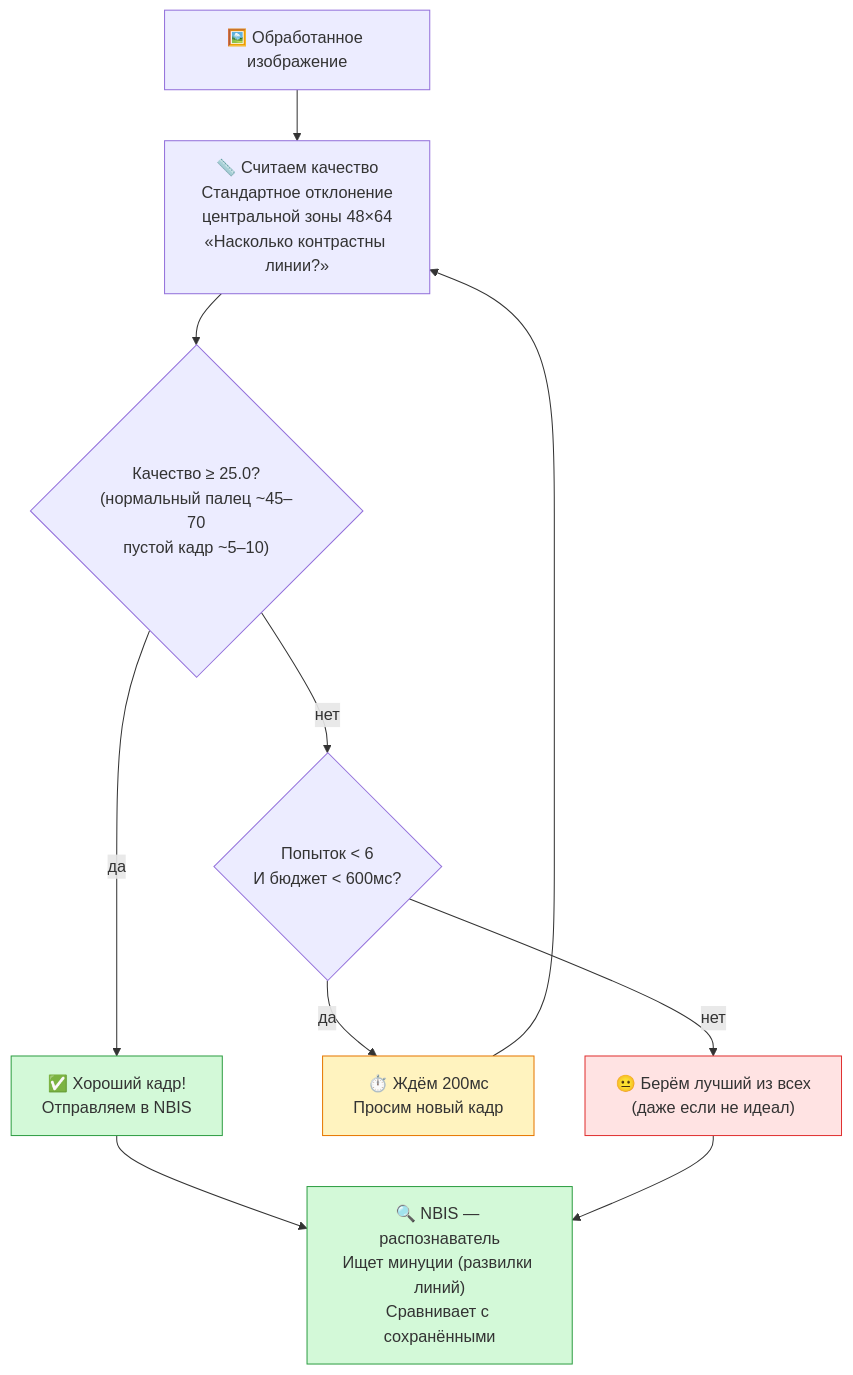
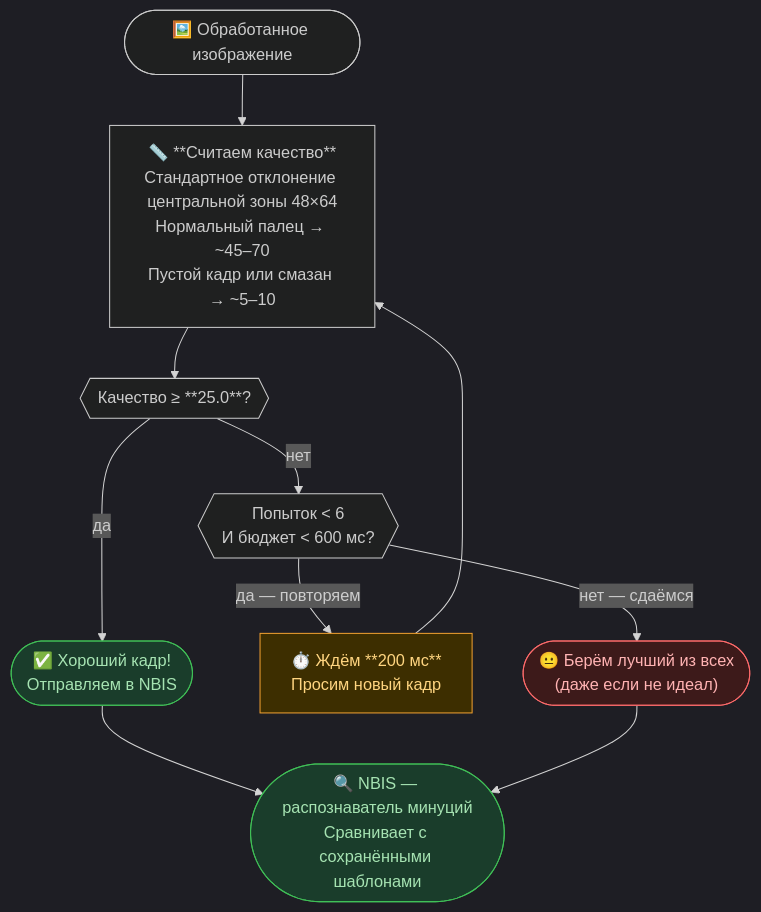
One commit to mrcook1e-ai/goodix-gm168 changed the eighth of 13 diagrams in DIAGRAM_RU.md. Above: the diagram before and after it, drawn with Mermaid. The commit also changed other lines of this file, not shown here.

````diff
--- a/DIAGRAM_RU.md
+++ b/DIAGRAM_RU.md
@@ -215,29 +216,30 @@
 ```mermaid
+%%{init: {'theme': 'dark'}}%%
 flowchart TD
-    IMG["🖼️ Обработанное изображение"]
+    IMG(["🖼️ Обработанное изображение"])
 
-    SCORE["📏 Считаем качество\nСтандартное отклонение\nцентральной зоны 48×64\n«Насколько контрастны линии?»"]
+    SCORE["📏 **Считаем качество**\nСтандартное отклонение центральной зоны 48×64\nНормальный палец → ~45–70\nПустой кадр или смазан → ~5–10"]
 
-    CHECK{"Качество ≥ 25.0?\n(нормальный палец ~45–70\nпустой кадр ~5–10)"}
+    CHECK{{"Качество ≥ **25.0**?"}}
 
-    GOOD["✅ Хороший кадр!\nОтправляем в NBIS"]
+    GOOD(["✅ Хороший кадр!\nОтправляем в NBIS"])
 
-    BAD{"Попыток < 6\nИ бюджет < 600мс?"}
+    BAD{{"Попыток < 6\nИ бюджет < 600 мс?"}}
 
-    RETRY["⏱️ Ждём 200мс\nПросим новый кадр"]
+    RETRY["⏱️ Ждём **200 мс**\nПросим новый кадр"]
 
-    BEST["😐 Берём лучший из всех\n(даже если не идеал)"]
+    BEST(["😐 Берём лучший из всех\n(даже если не идеал)"])
 
-    NBIS["🔍 NBIS — распознаватель\nИщет минуции (развилки линий)\nСравнивает с сохранёнными"]
+    NBIS(["🔍 NBIS — распознаватель минуций\nСравнивает с сохранёнными шаблонами"])
 
     IMG --> SCORE --> CHECK
     CHECK -->|"да"| GOOD --> NBIS
     CHECK -->|"нет"| BAD
-    BAD -->|"да"| RETRY --> SCORE
-    BAD -->|"нет"| BEST --> NBIS
+    BAD -->|"да — повторяем"| RETRY --> SCORE
+    BAD -->|"нет — сдаёмся"| BEST --> NBIS
 
-    style GOOD fill:#d3f9d8,stroke:#2f9e44
-    style RETRY fill:#fff3bf,stroke:#e67700
-    style BEST fill:#ffe3e3,stroke:#e03131
-    style NBIS fill:#d3f9d8,stroke:#2f9e44
+    style GOOD fill:#1a3d2b,stroke:#40c057,color:#a6e3b2
+    style RETRY fill:#3d2e00,stroke:#f0a030,color:#ffd580
+    style BEST fill:#3d1a1a,stroke:#ff6b6b,color:#ffb3b3
+    style NBIS fill:#1a3d2b,stroke:#40c057,color:#a6e3b2
 ```
````
